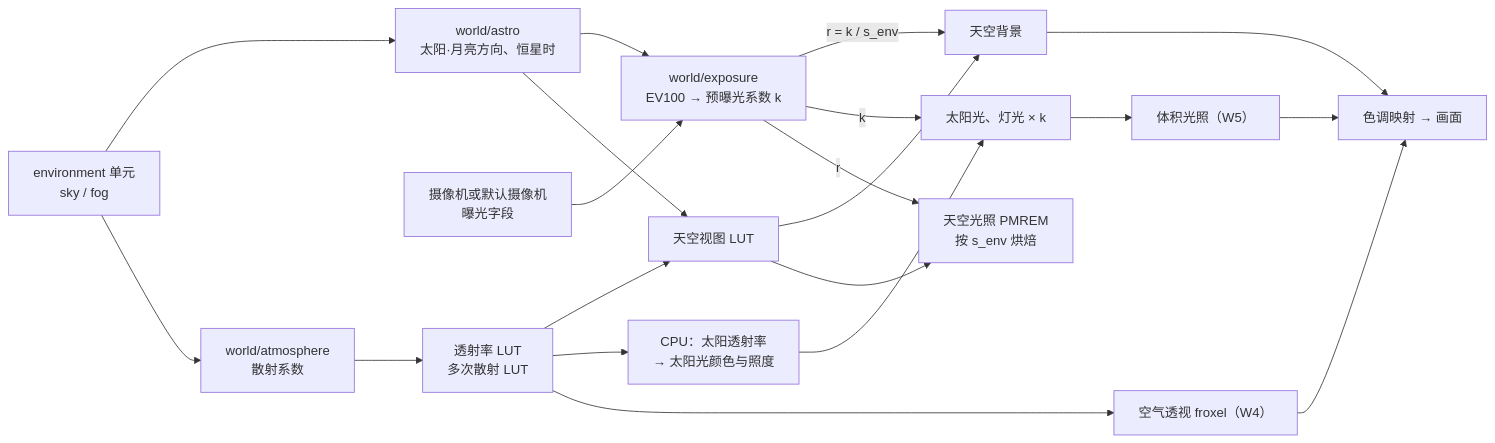
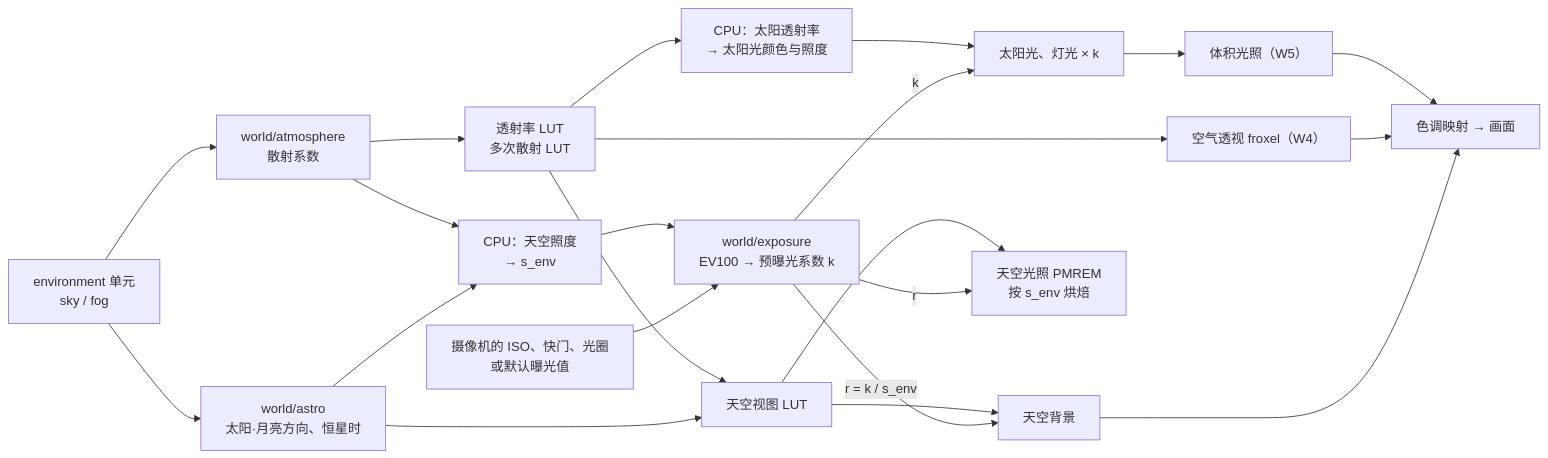
The diagram in .lti/features/2026-10-22-scene-world-environment/design.md (ltwin/customer_manage_platform), drawn with Mermaid before and after one commit. The commit also changed other lines of this file and 141 other files, not shown here.

````diff
--- a/.lti/features/2026-10-22-scene-world-environment/design.md
+++ b/.lti/features/2026-10-22-scene-world-environment/design.md
@@ -110,22 +113,24 @@
 ```mermaid
 flowchart LR
   env[environment 单元<br/>sky / fog] --> astro[world/astro<br/>太阳·月亮方向、恒星时]
-  cam[摄像机或默认摄像机<br/>曝光字段] --> expo[world/exposure<br/>EV100 → 预曝光系数 k]
-  astro --> expo
+  cam[摄像机的 ISO、快门、光圈<br/>或默认曝光值] --> expo[world/exposure<br/>EV100 → 预曝光系数 k]
   env --> atm[world/atmosphere<br/>散射系数]
   atm --> lut1[透射率 LUT<br/>多次散射 LUT]
   astro --> lut2[天空视图 LUT]
   lut1 --> lut2
   lut1 --> sunc[CPU：太阳透射率<br/>→ 太阳光颜色与照度]
+  astro --> senv[CPU：天空照度<br/>→ s_env]
+  atm --> senv
+  senv --> expo
   expo -->|r = k / s_env| sky[天空背景]
   expo -->|k| lights[太阳光、灯光 × k]
   expo -->|r| pmrem[天空光照 PMREM<br/>按 s_env 烘焙]
   lut2 --> sky
   lut2 --> pmrem
   sunc --> lights
   lut1 --> ap[空气透视 froxel（W4）]
   lights --> vol[体积光照（W5）]
   sky --> out[色调映射 → 画面]
   ap --> out
   vol --> out
 ```
````
